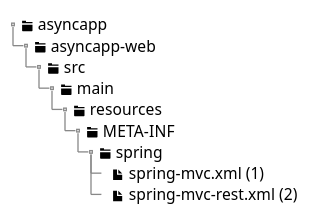
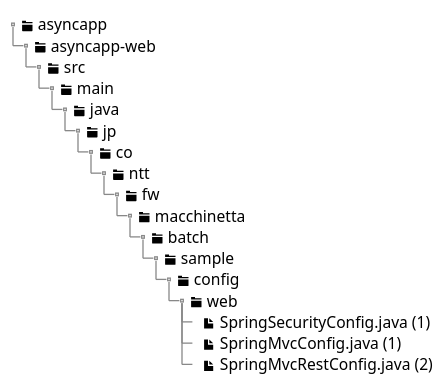
Before and after one commit to Macchinetta/batch-guideline: the diagram in src/main/asciidoc/images/ch04/AsyncJobWithWebContainer/Ch04_AsyncJobWithWebContainer_AppendBeanDefinitionsOnBlank.pu, drawn with PlantUML. The commit also changed 53 other files, not shown here.

```diff
--- a/src/main/asciidoc/images/ch04/AsyncJobWithWebContainer/Ch04_AsyncJobWithWebContainer_AppendBeanDefinitionsOnBlank.pu
+++ b/src/main/asciidoc/images/ch04/AsyncJobWithWebContainer/Ch04_AsyncJobWithWebContainer_AppendBeanDefinitionsOnBlank.pu
@@ -1,15 +1,23 @@
 @startsalt
 {
 {T
 <&folder> asyncapp
 + <&folder> asyncapp-web
 ++ <&folder> src
 +++ <&folder> main
-++++ <&folder> resources
-+++++ <&folder> META-INF
-++++++ <&folder> spring
-+++++++ <&file> spring-mvc.xml (1)
-+++++++ <&file> spring-mvc-rest.xml (2)
+++++ <&folder> java
++++++ <&folder> jp
+++++++ <&folder> co
++++++++ <&folder> ntt
+++++++++ <&folder> fw
++++++++++ <&folder> macchinetta
+++++++++++ <&folder> batch
++++++++++++ <&folder> sample
+++++++++++++ <&folder> config
++++++++++++++ <&folder> web
+++++++++++++++ <&file> SpringSecurityConfig.java (1)
+++++++++++++++ <&file> SpringMvcConfig.java (1)
+++++++++++++++ <&file> SpringMvcRestConfig.java (2)
 }
 }
 @endsalt
```
